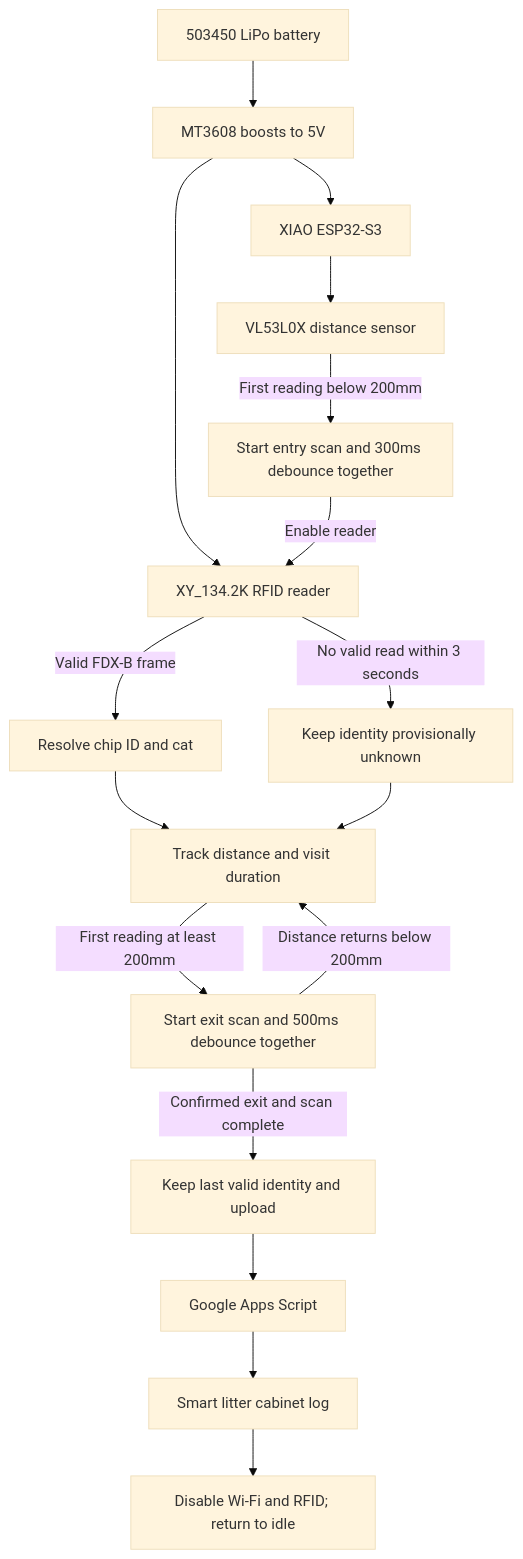
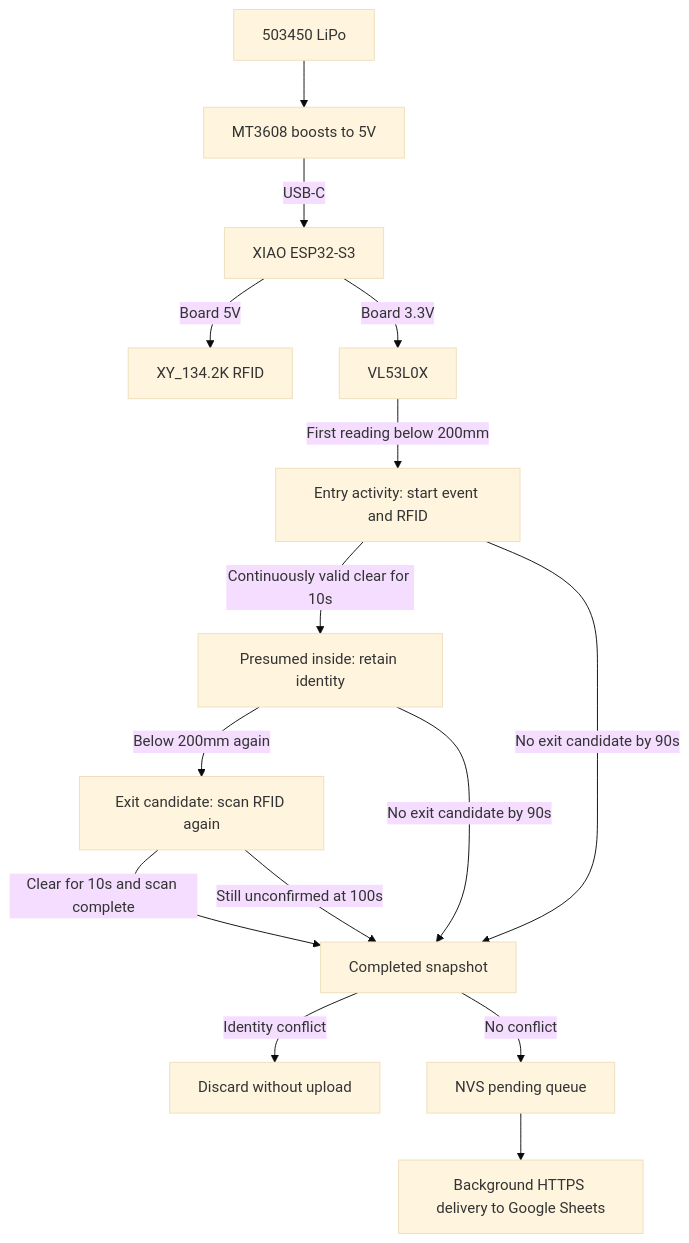
Before and after one commit to ziv50109/smart-litter-cabinet: the diagram in README.md, drawn with Mermaid (base theme). The commit also changed other lines of this file and 5 other files, not shown here.

First line of the commit message:
Improve visit detection and RFID identity handling

````diff
--- a/README.md
+++ b/README.md
@@ -11,20 +11,17 @@
 ```mermaid
 flowchart TD
-    Battery[503450 LiPo battery] --> Boost[MT3608 boosts to 5V]
-    Boost --> ESP32[XIAO ESP32-S3]
-    Boost --> RFID[XY_134.2K RFID reader]
-    ESP32 --> ToF[VL53L0X distance sensor]
-
-    ToF -->|First reading below 200mm| Detect[Start entry scan and 300ms debounce together]
-    Detect -->|Enable reader| RFID
-    RFID -->|Valid FDX-B frame| Identify[Resolve chip ID and cat]
-    RFID -->|No valid read within 3 seconds| Unknown[Keep identity provisionally unknown]
-    Identify --> Monitor[Track distance and visit duration]
-    Unknown --> Monitor
-    Monitor -->|First reading at least 200mm| Exit[Start exit scan and 500ms debounce together]
-    Exit -->|Distance returns below 200mm| Monitor
-    Exit -->|Confirmed exit and scan complete| WiFi[Keep last valid identity and upload]
-    WiFi --> Script[Google Apps Script]
-    Script --> Sheet[Smart litter cabinet log]
-    Sheet --> Sleep[Disable Wi-Fi and RFID; return to idle]
+    Battery[503450 LiPo] --> Boost[MT3608 boosts to 5V]
+    Boost -->|USB-C| ESP32[XIAO ESP32-S3]
+    ESP32 -->|Board 5V| RFID[XY_134.2K RFID]
+    ESP32 -->|Board 3.3V| ToF[VL53L0X]
+    ToF -->|First reading below 200mm| Entry[Entry activity: start event and RFID]
+    Entry -->|Continuously valid clear for 10s| Inside[Presumed inside: retain identity]
+    Inside -->|Below 200mm again| Exit[Exit candidate: scan RFID again]
+    Exit -->|Clear for 10s and scan complete| Close[Completed snapshot]
+    Entry -->|No exit candidate by 90s| Close
+    Inside -->|No exit candidate by 90s| Close
+    Exit -->|Still unconfirmed at 100s| Close
+    Close -->|Identity conflict| Drop[Discard without upload]
+    Close -->|No conflict| Queue[NVS pending queue]
+    Queue --> Worker[Background HTTPS delivery to Google Sheets]
 ```
````
